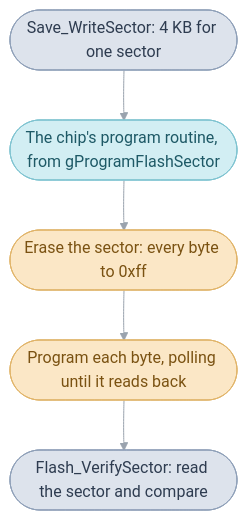
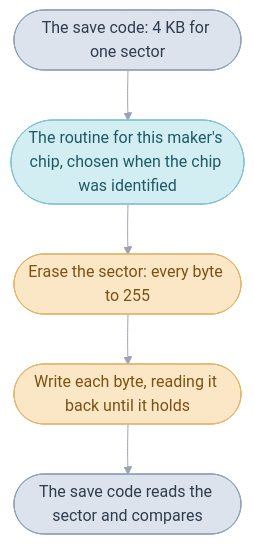
Before and after one commit to PascalPixel/alchemy: the fourth of 5 diagrams in games/tbs/src/gamepak/README.md, drawn with Mermaid. The commit also changed other lines of this file and 21 other files, not shown here.

First line of the commit message:
☀️ Docs: each mechanism explained on one page

````diff
--- a/games/tbs/src/gamepak/README.md
+++ b/games/tbs/src/gamepak/README.md
@@ -348,14 +291,14 @@
 ```mermaid
 %%{init: {"theme": "base", "themeVariables": {"lineColor": "#9AA3AE", "edgeLabelBackground": "#FFFFFF"}, "flowchart": {"curve": "basis", "padding": 12}}}%%
 flowchart TD
-  write(["Save_WriteSector: 4 KB for one sector"]) --> routine(["The chip's program routine, from gProgramFlashSector"])
-  routine --> erase(["Erase the sector: every byte to 0xff"])
-  erase --> bytes(["Program each byte, polling until it reads back"])
-  bytes --> verify(["Flash_VerifySector: read the sector and compare"])
+  write(["The save code: 4 KB for one sector"]) --> routine(["The routine for this maker's chip, chosen when the chip was identified"])
+  routine --> erase(["Erase the sector: every byte to 255"])
+  erase --> bytes(["Write each byte, reading it back until it holds"])
+  bytes --> verify(["The save code reads the sector and compares"])
   classDef image fill:#DDE3EC,stroke:#8FA0B8,color:#2E3C50
   classDef table fill:#D2EEF3,stroke:#7FC3D0,color:#1E5966
   classDef hardware fill:#FBE7C6,stroke:#E0B46A,color:#7A5212
   class write,verify image
   class routine table
   class erase,bytes hardware
 ```
````
